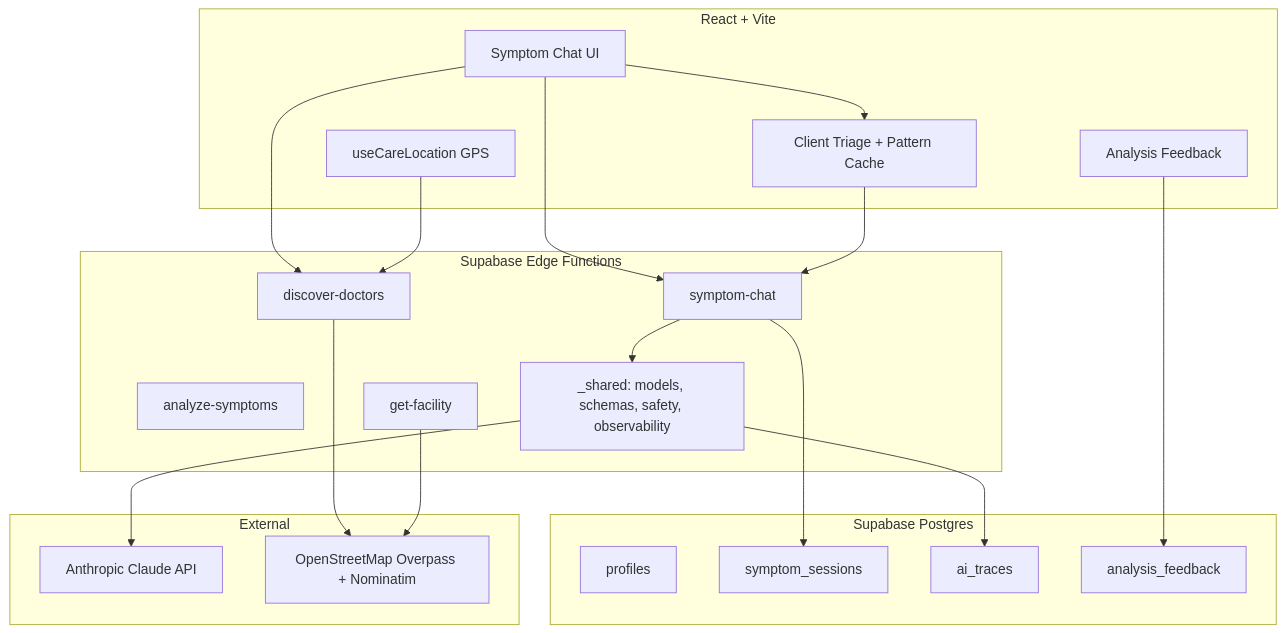
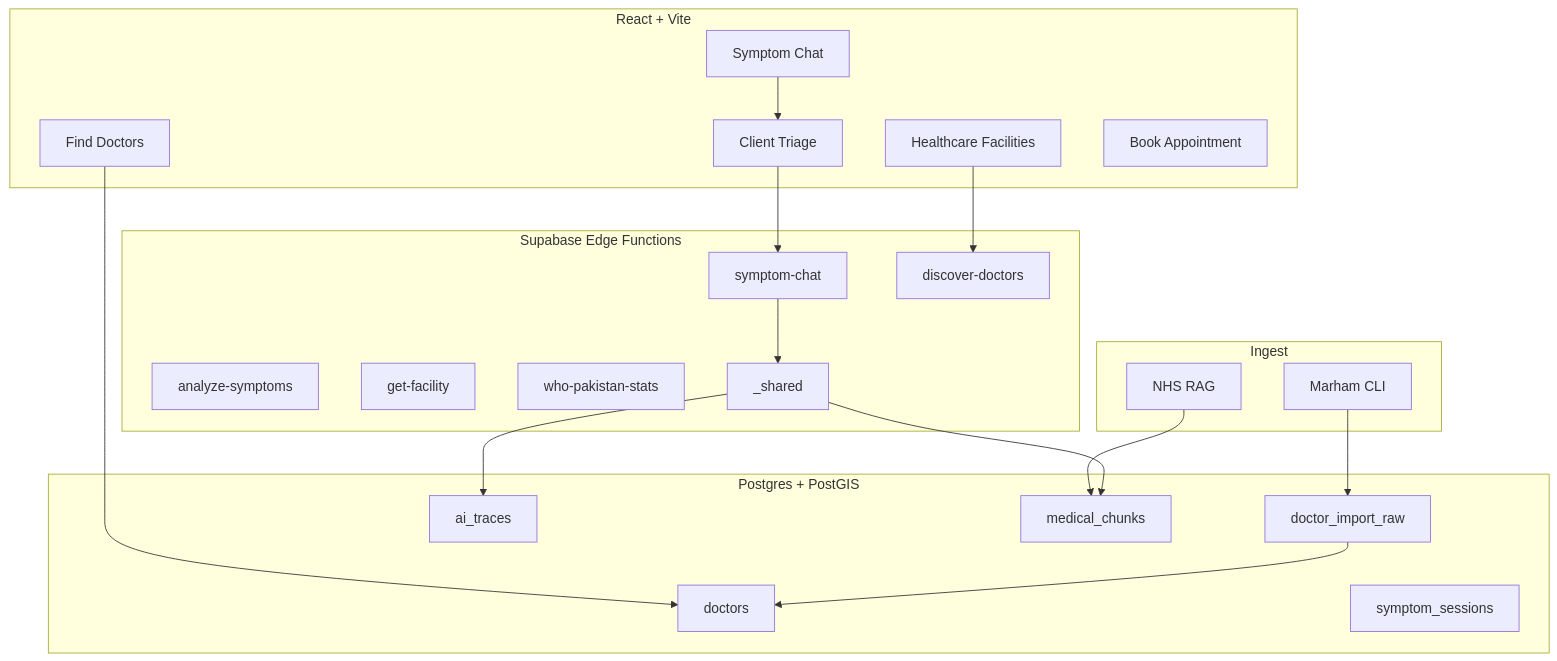
Before and after one commit to Faran-samra/HealthPilot-AI: the diagram in docs/architecture.md, drawn with Mermaid. The commit also changed other lines of this file and 118 other files, not shown here.

First line of the commit message:
feat: doctor directory, Marham pipeline, and portfolio documentation

````diff
--- a/docs/architecture.md
+++ b/docs/architecture.md
@@ -5,42 +7,40 @@
 ```mermaid
 flowchart TB
   subgraph Client["React + Vite"]
-    UI[Symptom Chat UI]
-    Triage[Client Triage + Pattern Cache]
-    Loc[useCareLocation GPS]
-    FB[Analysis Feedback]
+    UI[Symptom Chat]
+    Triage[Client Triage]
+    Doctors[Find Doctors]
+    OSM[Healthcare Facilities]
+    Book[Book Appointment]
   end
 
   subgraph Edge["Supabase Edge Functions"]
     SC[symptom-chat]
     AS[analyze-symptoms]
     DD[discover-doctors]
     GF[get-facility]
-    SH[_shared: models, schemas, safety, observability]
+    WHO[who-pakistan-stats]
+    SH[_shared]
   end
 
-  subgraph Data["Supabase Postgres"]
-    PROF[profiles]
+  subgraph Data["Postgres + PostGIS"]
+    DOC[doctors]
+    IMP[doctor_import_raw]
     SESS[symptom_sessions]
     TRACE[ai_traces]
-    FEED[analysis_feedback]
+    RAG[medical_chunks]
   end
 
-  subgraph External["External"]
-    CLAUDE[Anthropic Claude API]
-    OSM[OpenStreetMap Overpass + Nominatim]
+  subgraph Pipeline["Ingest"]
+    MAR[Marham CLI]
+    NHS[NHS RAG]
   end
 
-  UI --> Triage
-  UI --> SC
-  Triage --> SC
-  SC --> SH
-  SH --> CLAUDE
-  SH --> TRACE
-  FB --> FEED
-  UI --> DD
-  Loc --> DD
-  DD --> OSM
-  GF --> OSM
-  SC --> SESS
+  UI --> Triage --> SC
+  SC --> SH --> TRACE
+  Doctors --> DOC
+  OSM --> DD
+  MAR --> IMP --> DOC
+  NHS --> RAG
+  SH --> RAG
 ```
````
